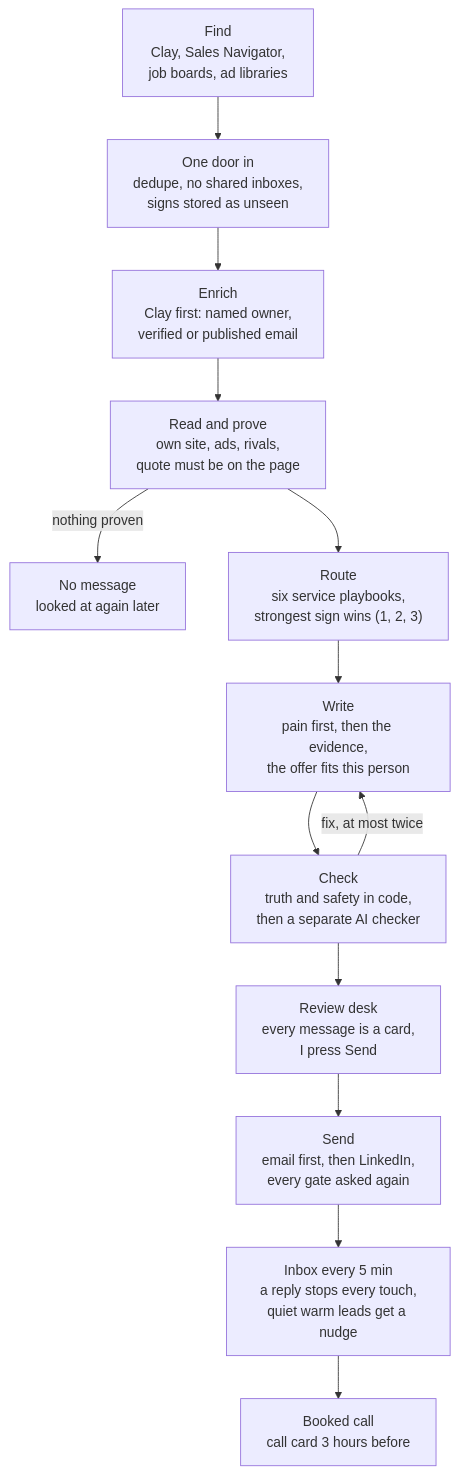
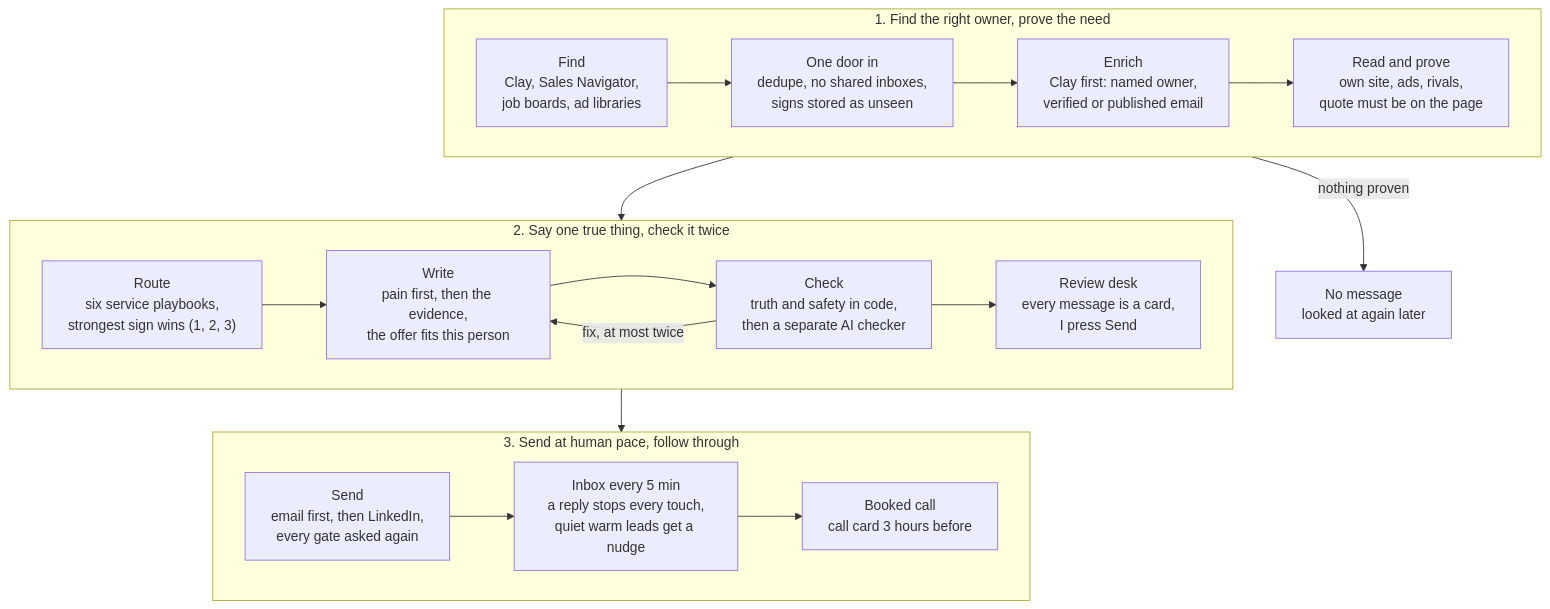
One commit to shinigamieaper/growveloper-gtm-lab changed the diagram in outbound-system/README.md. Above: the diagram before and after it, drawn with Mermaid.

Commit message:
Diagram in three rows: find and prove, write and check, send and follow through

````diff
--- a/outbound-system/README.md
+++ b/outbound-system/README.md
@@ -58,15 +58,24 @@
 ```mermaid
 flowchart TD
-  A["Find<br/>Clay, Sales Navigator,<br/>job boards, ad libraries"] --> B["One door in<br/>dedupe, no shared inboxes,<br/>signs stored as unseen"]
-  B --> C["Enrich<br/>Clay first: named owner,<br/>verified or published email"]
-  C --> D["Read and prove<br/>own site, ads, rivals,<br/>quote must be on the page"]
+  subgraph S1["1. Find the right owner, prove the need"]
+    direction LR
+    A["Find<br/>Clay, Sales Navigator,<br/>job boards, ad libraries"] --> B["One door in<br/>dedupe, no shared inboxes,<br/>signs stored as unseen"]
+    B --> C["Enrich<br/>Clay first: named owner,<br/>verified or published email"]
+    C --> D["Read and prove<br/>own site, ads, rivals,<br/>quote must be on the page"]
+  end
+  subgraph S2["2. Say one true thing, check it twice"]
+    direction LR
+    E["Route<br/>six service playbooks,<br/>strongest sign wins (1, 2, 3)"] --> F["Write<br/>pain first, then the evidence,<br/>the offer fits this person"]
+    F --> G["Check<br/>truth and safety in code,<br/>then a separate AI checker"]
+    G -->|fix, at most twice| F
+    G --> H["Review desk<br/>every message is a card,<br/>I press Send"]
+  end
+  subgraph S3["3. Send at human pace, follow through"]
+    direction LR
+    I["Send<br/>email first, then LinkedIn,<br/>every gate asked again"] --> J["Inbox every 5 min<br/>a reply stops every touch,<br/>quiet warm leads get a nudge"]
+    J --> K["Booked call<br/>call card 3 hours before"]
+  end
   D -->|nothing proven| X["No message<br/>looked at again later"]
-  D --> E["Route<br/>six service playbooks,<br/>strongest sign wins (1, 2, 3)"]
-  E --> F["Write<br/>pain first, then the evidence,<br/>the offer fits this person"]
-  F --> G["Check<br/>truth and safety in code,<br/>then a separate AI checker"]
-  G -->|fix, at most twice| F
-  G --> H["Review desk<br/>every message is a card,<br/>I press Send"]
-  H --> I["Send<br/>email first, then LinkedIn,<br/>every gate asked again"]
-  I --> J["Inbox every 5 min<br/>a reply stops every touch,<br/>quiet warm leads get a nudge"]
-  J --> K["Booked call<br/>call card 3 hours before"]
+  D --> E
+  H --> I
 ```
````
